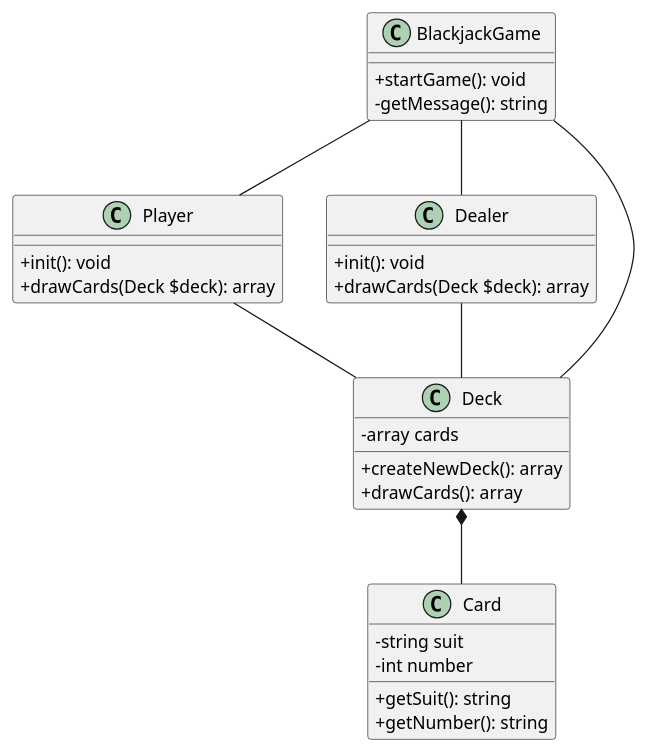
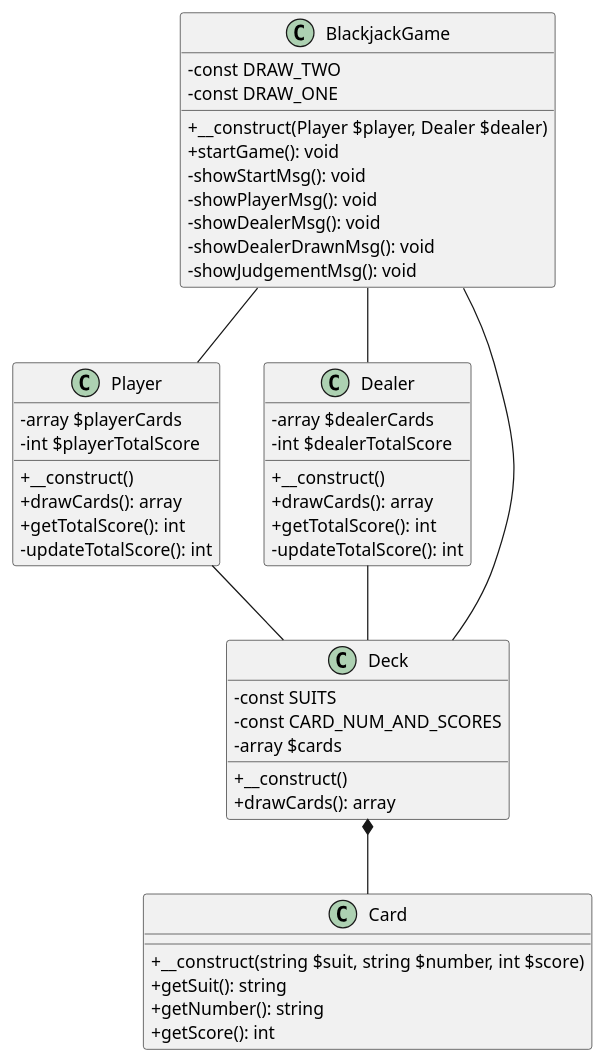
One commit to mariko-mr/blackjack changed the diagram in uml/class.pu. Above: the diagram before and after it, drawn with PlantUML.

Commit message:
クラス図を更新

```diff
--- a/uml/class.pu
+++ b/uml/class.pu
@@ -1,40 +1,57 @@
 @startuml blackjack
 
 BlackjackGame -- Player
 BlackjackGame -- Dealer
 BlackjackGame -- Deck
 Player -- Deck
 Dealer -- Deck
 Deck *-- Card
 
 skinparam classAttributeIconSize 0
 
 class BlackjackGame {
+    -const DRAW_TWO
+    -const DRAW_ONE
+    +__construct(Player $player, Dealer $dealer)
     +startGame(): void
-    -getMessage(): string
+    -showStartMsg(): void
+    -showPlayerMsg(): void
+    -showDealerMsg(): void
+    -showDealerDrawnMsg(): void
+    -showJudgementMsg(): void
 }
 
 class Player {
-    +init(): void
-    +drawCards(Deck $deck): array
+    -array $playerCards
+    -int $playerTotalScore
+    +__construct()
+    +drawCards(): array
+    +getTotalScore(): int
+    -updateTotalScore(): int
 }
 
 class Dealer {
-    +init(): void
-    +drawCards(Deck $deck): array
+    -array $dealerCards
+    -int $dealerTotalScore
+    +__construct()
+    +drawCards(): array
+    +getTotalScore(): int
+    -updateTotalScore(): int
 }
 
 class Deck {
-    -array cards
-    +createNewDeck(): array
+    -const SUITS
+    -const CARD_NUM_AND_SCORES
+    -array $cards
+    +__construct()
     +drawCards(): array
 }
 
 class Card {
-    -string suit
-    -int number
+    +__construct(string $suit, string $number, int $score)
     +getSuit(): string
     +getNumber(): string
+    +getScore(): int
 }
 
 @enduml
```
